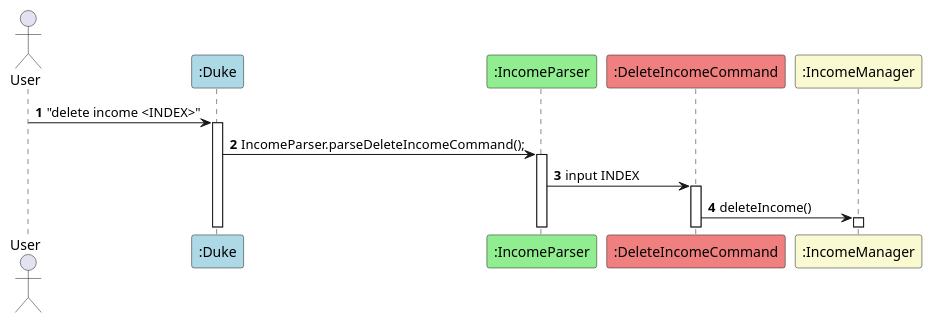
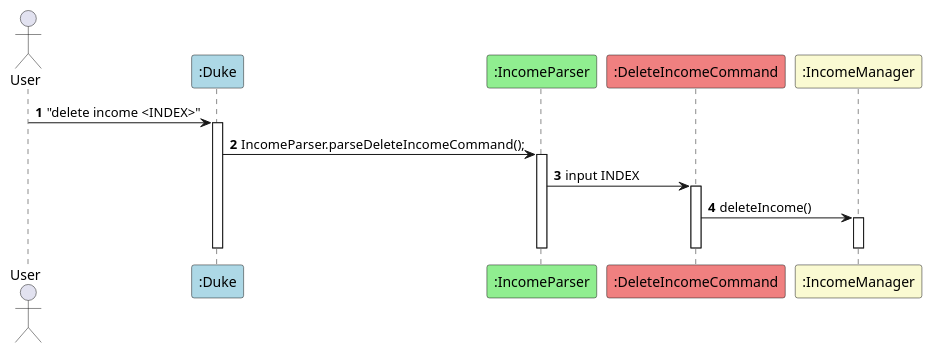
One commit to xiaojielei/tp changed the diagram in docs/puml/DeleteIncome.puml. Above: the diagram before and after it, drawn with PlantUML. The commit also changed 23 other files, not shown here.

```diff
--- a/docs/puml/DeleteIncome.puml
+++ b/docs/puml/DeleteIncome.puml
@@ -1,21 +1,25 @@
 @startuml
 'https://plantuml.com/sequence-diagram
 actor User
 participant ":Duke" as Duke #LightBlue
 participant ":IncomeParser" as IncomeParser #LightGreen
 participant ":DeleteIncomeCommand" as DeleteIncomeCommand #LightCoral
 participant ":IncomeManager" as IncomeManager #LightGoldenRodYellow
 autonumber
 
 User -> Duke: "delete income <INDEX>"
 activate Duke
 
 Duke -> IncomeParser: IncomeParser.parseDeleteIncomeCommand();
 activate IncomeParser
 
 IncomeParser -> DeleteIncomeCommand: input INDEX
 activate DeleteIncomeCommand
 
 DeleteIncomeCommand -> IncomeManager: deleteIncome()
 activate IncomeManager
+deactivate DeleteIncomeCommand
+deactivate IncomeManager
+deactivate IncomeParser
+deactivate Duke
 @enduml
```
